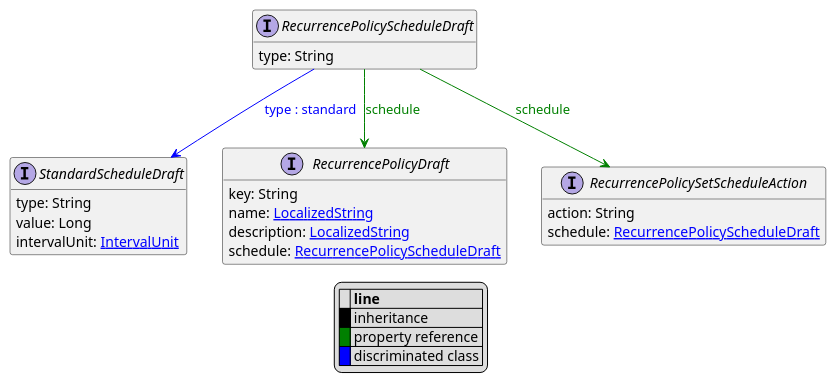
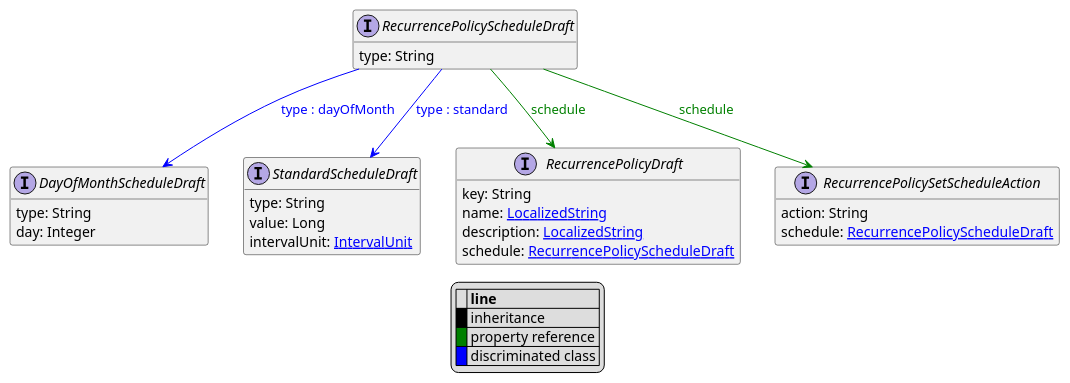
One commit to commercetools/commercetools-api-reference changed the diagram in uml/api/RecurrencePolicyScheduleDraft.puml. Above: the diagram before and after it, drawn with PlantUML. The commit also changed 2 other files, not shown here.

```diff
--- a/uml/api/RecurrencePolicyScheduleDraft.puml
+++ b/uml/api/RecurrencePolicyScheduleDraft.puml
@@ -1,34 +1,39 @@
 @startuml
 
 hide empty fields
 hide empty methods
 legend
 |= |= line |
 |<back:black>   </back>| inheritance |
 |<back:green>   </back>| property reference |
 |<back:blue>   </back>| discriminated class |
 endlegend
 interface RecurrencePolicyScheduleDraft [[RecurrencePolicyScheduleDraft.svg]]  {
     type: String
 }
 
 
+interface DayOfMonthScheduleDraft [[DayOfMonthScheduleDraft.svg]]  {
+    type: String
+    day: Integer
+}
 interface StandardScheduleDraft [[StandardScheduleDraft.svg]]  {
     type: String
     value: Long
     intervalUnit: [[IntervalUnit.svg IntervalUnit]]
 }
 interface RecurrencePolicyDraft [[RecurrencePolicyDraft.svg]]  {
     key: String
     name: [[LocalizedString.svg LocalizedString]]
     description: [[LocalizedString.svg LocalizedString]]
     schedule: [[RecurrencePolicyScheduleDraft.svg RecurrencePolicyScheduleDraft]]
 }
 interface RecurrencePolicySetScheduleAction [[RecurrencePolicySetScheduleAction.svg]]  {
     action: String
     schedule: [[RecurrencePolicyScheduleDraft.svg RecurrencePolicyScheduleDraft]]
 }
+RecurrencePolicyScheduleDraft --> DayOfMonthScheduleDraft #blue;text:blue : "type : dayOfMonth"
 RecurrencePolicyScheduleDraft --> StandardScheduleDraft #blue;text:blue : "type : standard"
 RecurrencePolicyScheduleDraft --> RecurrencePolicyDraft #green;text:green : "schedule"
 RecurrencePolicyScheduleDraft --> RecurrencePolicySetScheduleAction #green;text:green : "schedule"
 @enduml
```
